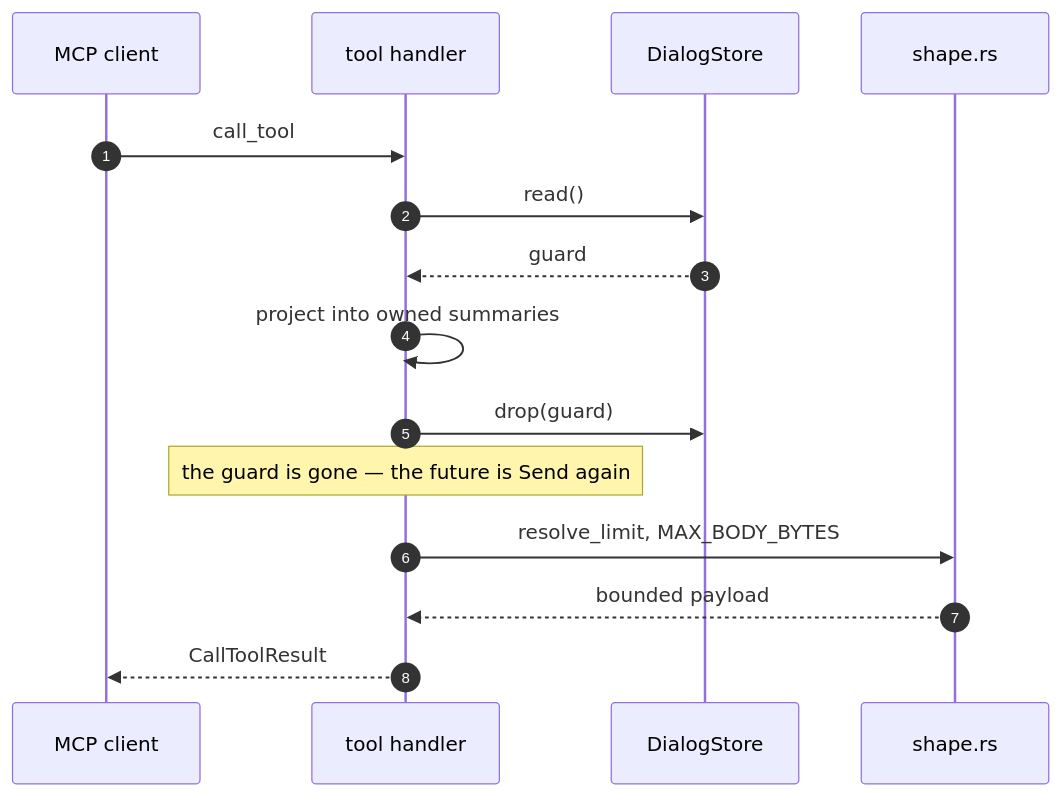
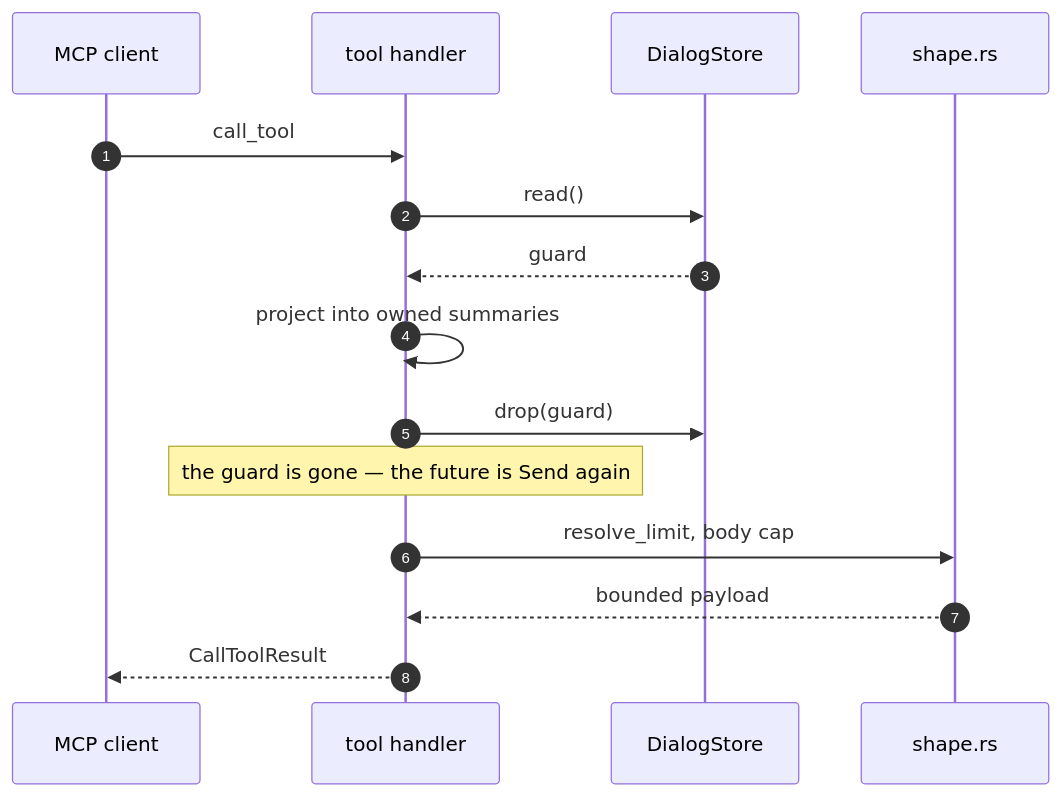
Before and after one commit to NormB/sipnab: the second of 2 diagrams in docs/internals/walkthroughs.md, drawn with Mermaid. The commit also changed other lines of this file and 27 other files, not shown here.

````diff
--- a/docs/internals/walkthroughs.md
+++ b/docs/internals/walkthroughs.md
@@ -137,18 +137,18 @@
 ```mermaid
 sequenceDiagram
     autonumber
     participant Client as MCP client
     participant Tool as tool handler
     participant DS as DialogStore
     participant Shape as shape.rs
 
     Client->>Tool: call_tool
     Tool->>DS: read()
     DS-->>Tool: guard
     Tool->>Tool: project into owned summaries
     Tool->>DS: drop(guard)
     Note over Tool: the guard is gone — the future is Send again
-    Tool->>Shape: resolve_limit, MAX_BODY_BYTES
+    Tool->>Shape: resolve_limit, body cap
     Shape-->>Tool: bounded payload
     Tool-->>Client: CallToolResult
 ```
````
